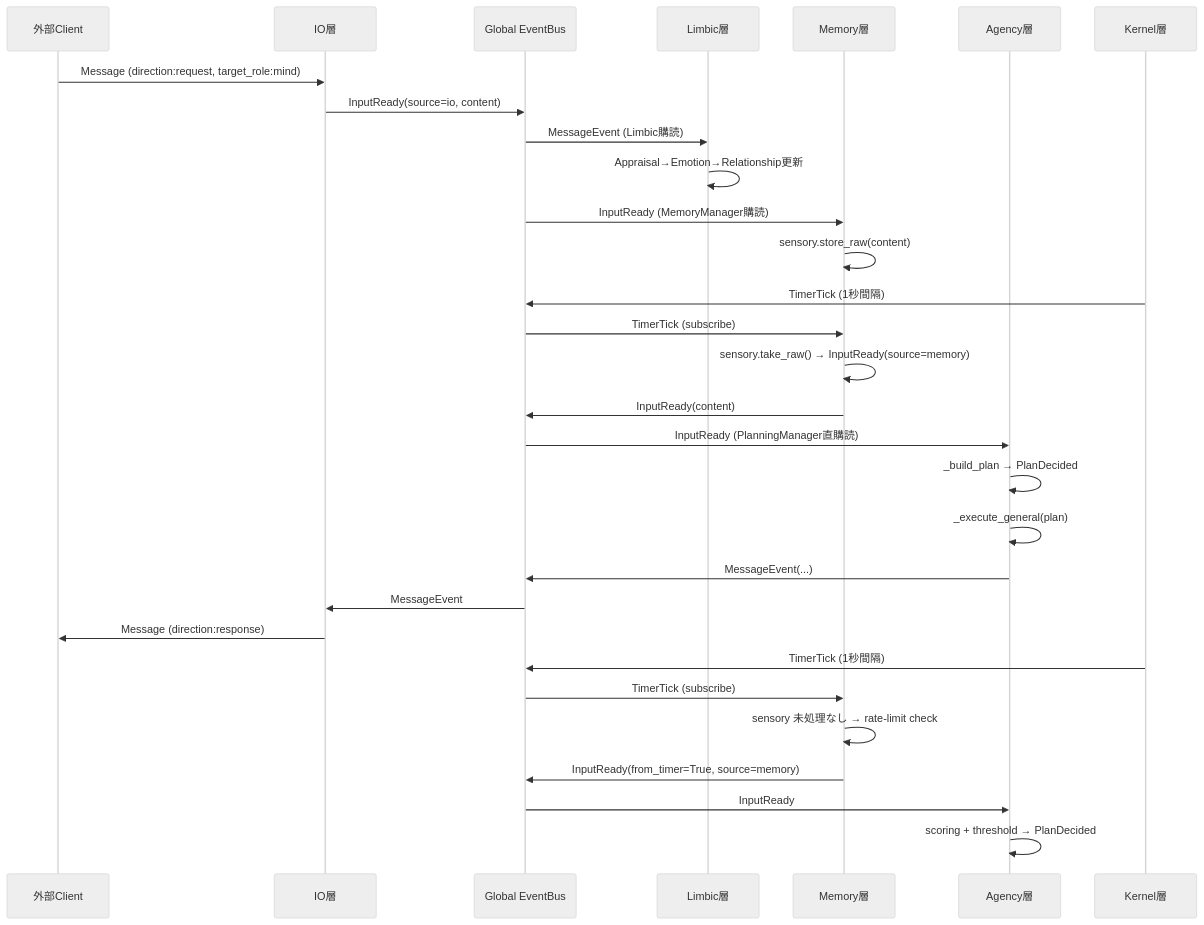
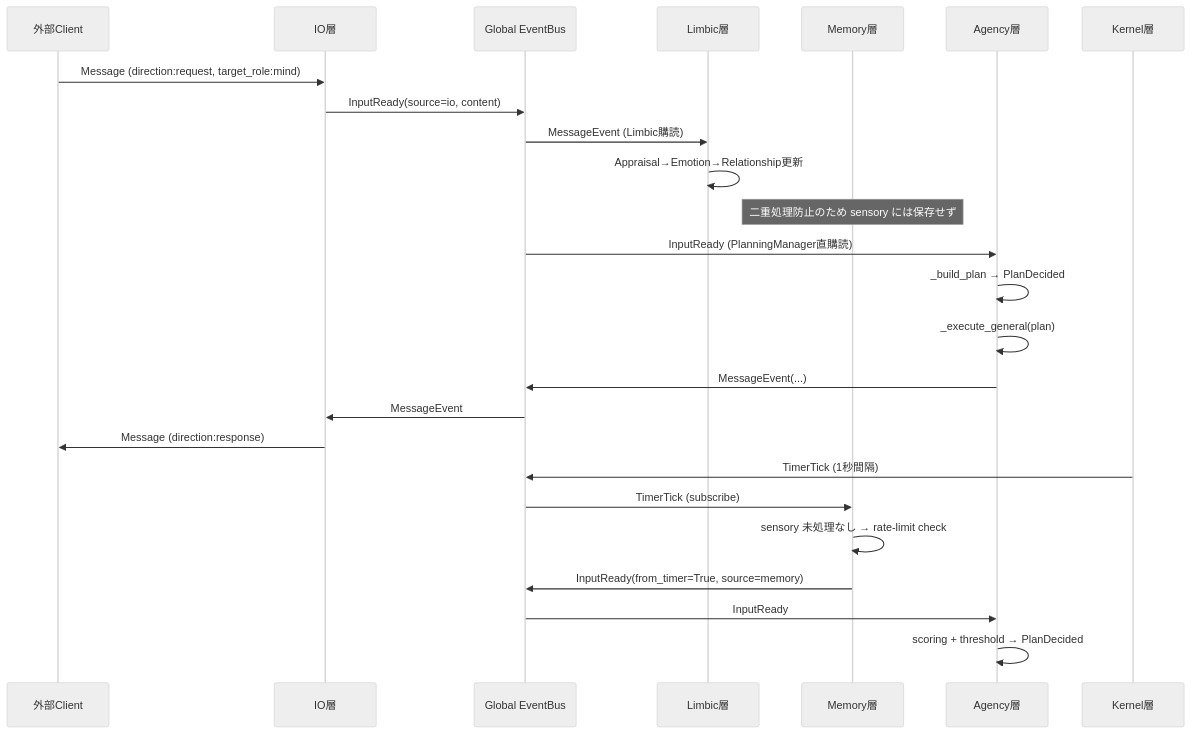
One commit to ibukani/iris-mind changed the second of 4 diagrams in docs/architecture.md. Above: the diagram before and after it, drawn with Mermaid (neutral theme). The commit also changed 3 other files, not shown here.

````diff
--- a/docs/architecture.md
+++ b/docs/architecture.md
@@ -101,35 +101,29 @@
 ```mermaid
 sequenceDiagram
     participant TCP as 外部Client
     participant IO as IO層
     participant EB as Global EventBus
     participant LIM as Limbic層
     participant MEM as Memory層
     participant AG as Agency層
     participant KRN as Kernel層
 
     TCP->>IO: Message (direction:request, target_role:mind)
     IO->>EB: InputReady(source=io, content)
     EB->>LIM: MessageEvent (Limbic購読)
     LIM->>LIM: Appraisal→Emotion→Relationship更新
-    EB->>MEM: InputReady (MemoryManager購読)
-    MEM->>MEM: sensory.store_raw(content)
-
-    KRN->>EB: TimerTick (1秒間隔)
-    EB->>MEM: TimerTick (subscribe)
-    MEM->>MEM: sensory.take_raw() → InputReady(source=memory)
-    MEM->>EB: InputReady(content)
+    Note over MEM: 二重処理防止のため sensory には保存せず
     EB->>AG: InputReady (PlanningManager直購読)
     AG->>AG: _build_plan → PlanDecided
     AG->>AG: _execute_general(plan)
     AG->>EB: MessageEvent(...)
     EB->>IO: MessageEvent
     IO->>TCP: Message (direction:response)
 
     KRN->>EB: TimerTick (1秒間隔)
     EB->>MEM: TimerTick (subscribe)
     MEM->>MEM: sensory 未処理なし → rate-limit check
     MEM->>EB: InputReady(from_timer=True, source=memory)
     EB->>AG: InputReady
     AG->>AG: scoring + threshold → PlanDecided
 ```
````
